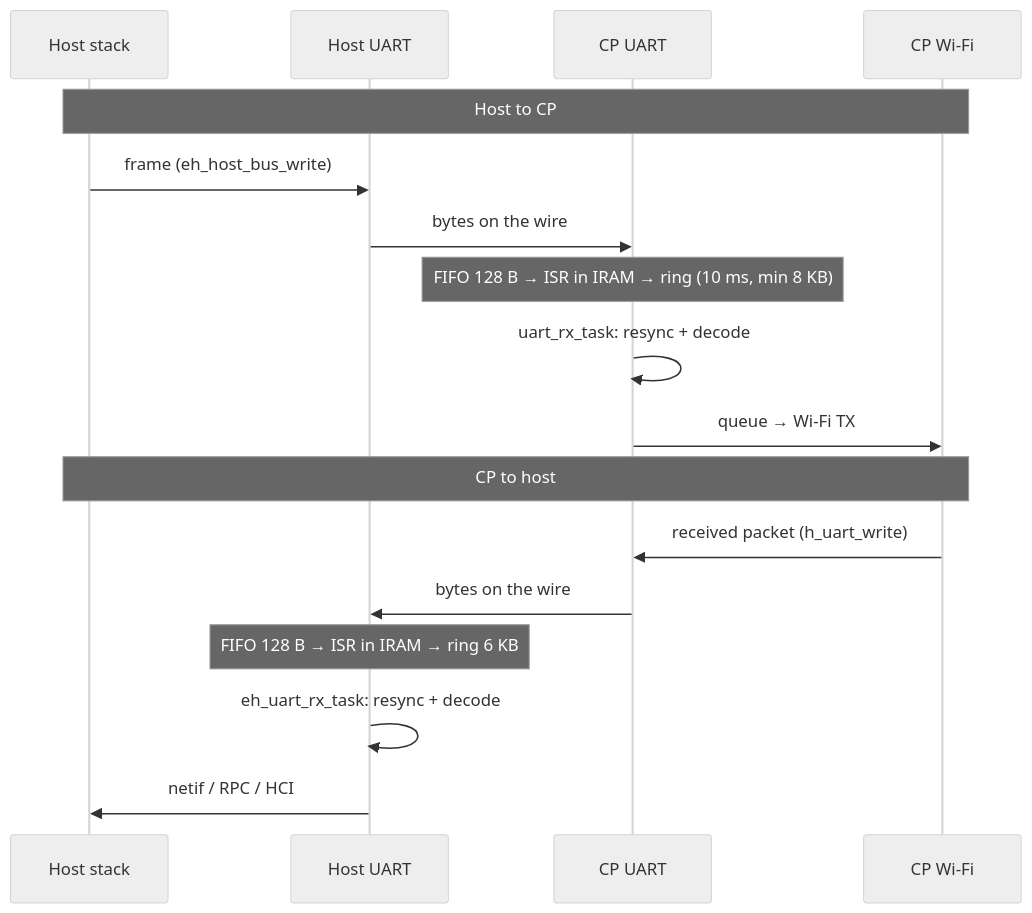
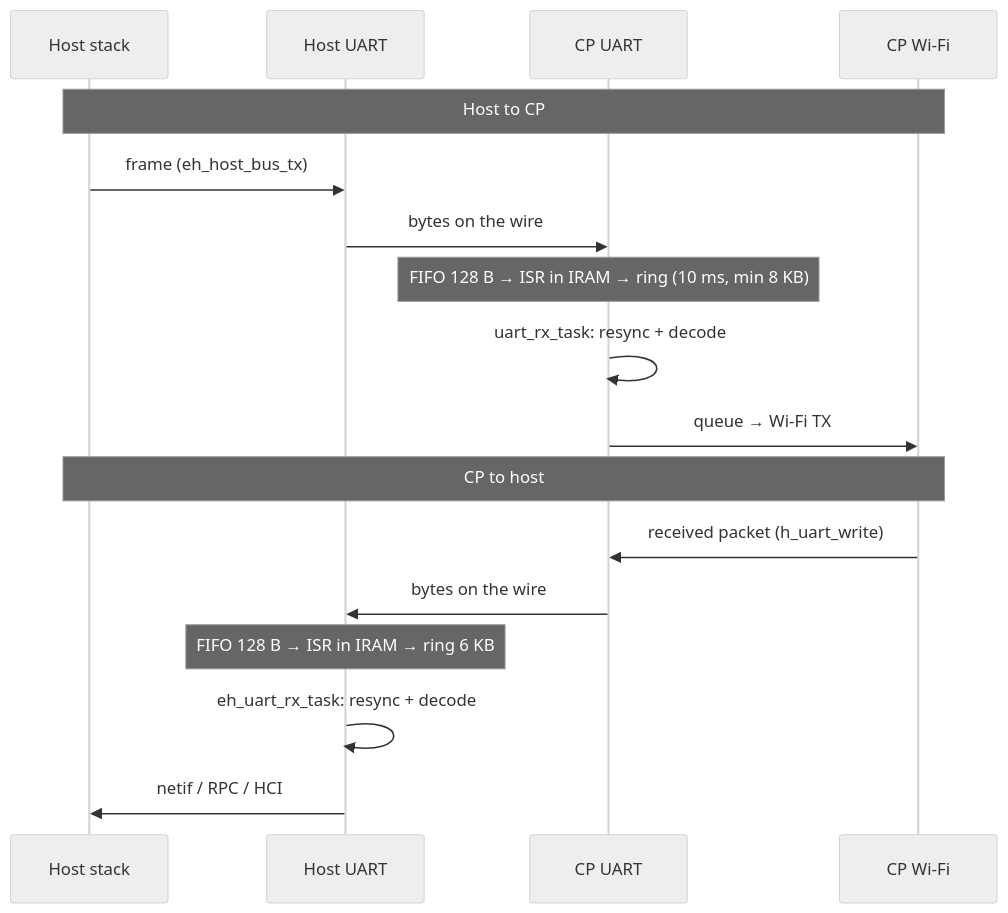
One commit to espressif/esp-hosted-mcu changed the second of 4 diagrams in docs/design/uart.md. Above: the diagram before and after it, drawn with Mermaid (neutral theme). The commit also changed 4 other files, not shown here.

````diff
--- a/docs/design/uart.md
+++ b/docs/design/uart.md
@@ -42,21 +42,21 @@
 ```mermaid
 sequenceDiagram
     participant HS as Host stack
     participant HU as Host UART
     participant CU as CP UART
     participant CW as CP Wi-Fi
 
     Note over HS,CW: Host to CP
-    HS->>HU: frame (eh_host_bus_write)
+    HS->>HU: frame (eh_host_bus_tx)
     HU->>CU: bytes on the wire
     Note over CU: FIFO 128 B → ISR in IRAM → ring (10 ms, min 8 KB)
     CU->>CU: uart_rx_task: resync + decode
     CU->>CW: queue → Wi-Fi TX
 
     Note over HS,CW: CP to host
     CW->>CU: received packet (h_uart_write)
     CU->>HU: bytes on the wire
     Note over HU: FIFO 128 B → ISR in IRAM → ring 6 KB
     HU->>HU: eh_uart_rx_task: resync + decode
     HU->>HS: netif / RPC / HCI
 ```
````
